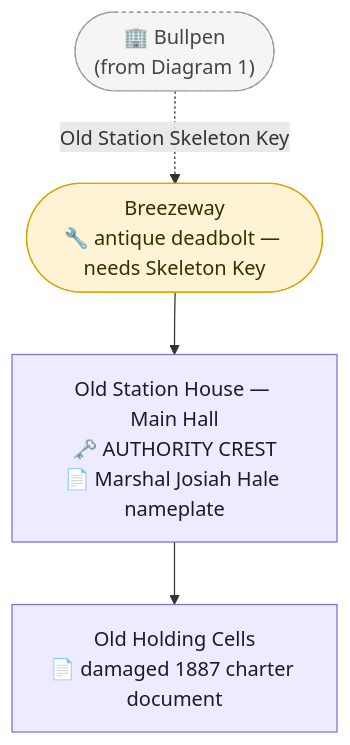
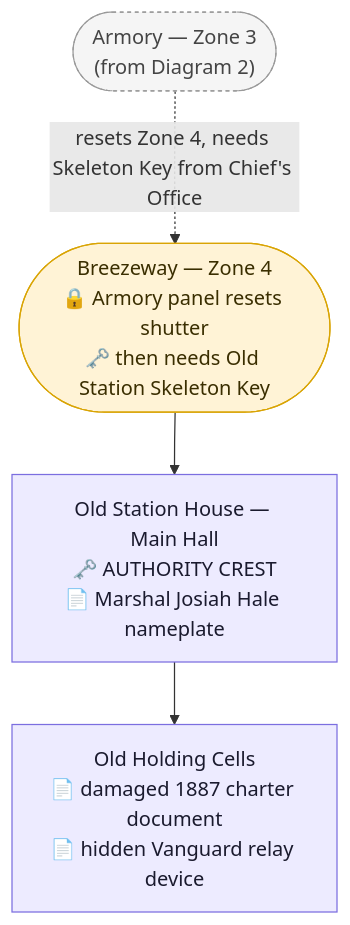
The fourth of 6 diagrams in DESIGN/Locations/Police_Station.md (GIToez/Deadlock-Design), drawn with Mermaid before and after one commit. The commit also changed other lines of this file and 6 other files, not shown here.

````diff
--- a/DESIGN/Locations/Police_Station.md
+++ b/DESIGN/Locations/Police_Station.md
@@ -609,16 +438,16 @@
 ```mermaid
 flowchart TD
-    BULLPENREF3(["🏢 Bullpen<br/>(from Diagram 1)"])
-    BREEZE(["Breezeway<br/>🔧 antique deadbolt — needs Skeleton Key"])
+    ARMORYREF(["Armory — Zone 3<br/>(from Diagram 2)"])
+    BREEZE(["Breezeway — Zone 4<br/>🔒 Armory panel resets shutter<br/>🗝️ then needs Old Station Skeleton Key"])
     MAINHALL["Old Station House — Main Hall<br/>🗝️ AUTHORITY CREST<br/>📄 Marshal Josiah Hale nameplate"]
-    OLDCELLS["Old Holding Cells<br/>📄 damaged 1887 charter document"]
+    OLDCELLS["Old Holding Cells<br/>📄 damaged 1887 charter document<br/>📄 hidden Vanguard relay device"]
 
-    BULLPENREF3 -. Old Station Skeleton Key .-> BREEZE --> MAINHALL --> OLDCELLS
+    ARMORYREF -. resets Zone 4, needs Skeleton Key from Chief's Office .-> BREEZE --> MAINHALL --> OLDCELLS
 
     classDef room fill:#EDEBFF,stroke:#7C6EE0,color:#1a1a2e
     classDef hallway fill:#FFF3D6,stroke:#D9A404,color:#3a2e00
     classDef ref fill:#F5F5F5,stroke:#999999,color:#444444,stroke-dasharray:3 3
-    class BULLPENREF3 ref
+    class ARMORYREF ref
     class BREEZE hallway
     class MAINHALL,OLDCELLS room
 ```
````
